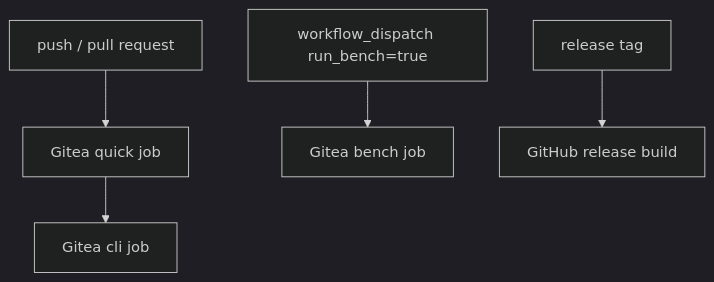
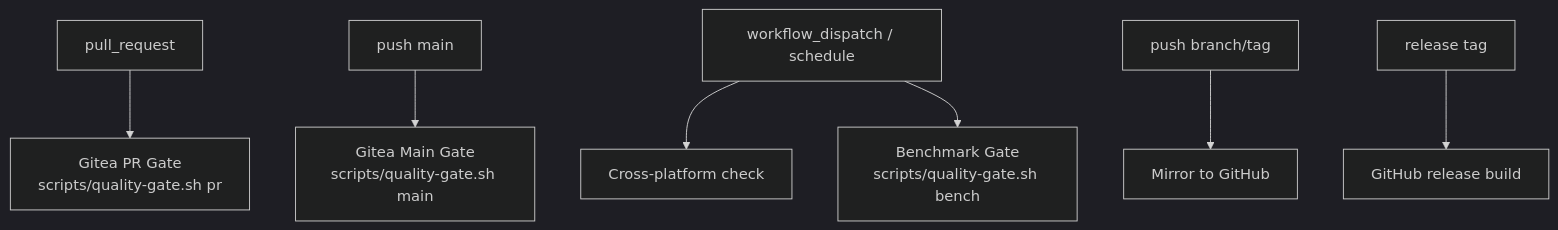
The second of 2 diagrams in docs/03-quality.md (mars167/CodeTrail), drawn with Mermaid (dark theme) before and after one commit. The commit also changed other lines of this file and 4 other files, not shown here.

````diff
--- a/docs/03-quality.md
+++ b/docs/03-quality.md
@@ -42,7 +42,9 @@
 ```mermaid
 flowchart TB
-  PR["push / pull request"] --> QuickJob["Gitea quick job"]
-  QuickJob --> CliJob["Gitea cli job"]
-  Manual["workflow_dispatch run_bench=true"] --> BenchJob["Gitea bench job"]
+  PR["pull_request"] --> PrGate["Gitea PR Gate\nscripts/quality-gate.sh pr"]
+  Main["push main"] --> MainGate["Gitea Main Gate\nscripts/quality-gate.sh main"]
+  Manual["workflow_dispatch / schedule"] --> Cross["Cross-platform check"]
+  Manual --> BenchJob["Benchmark Gate\nscripts/quality-gate.sh bench"]
+  AnyPush["push branch/tag"] --> Mirror["Mirror to GitHub"]
   Tag["release tag"] --> Release["GitHub release build"]
 ```
````
